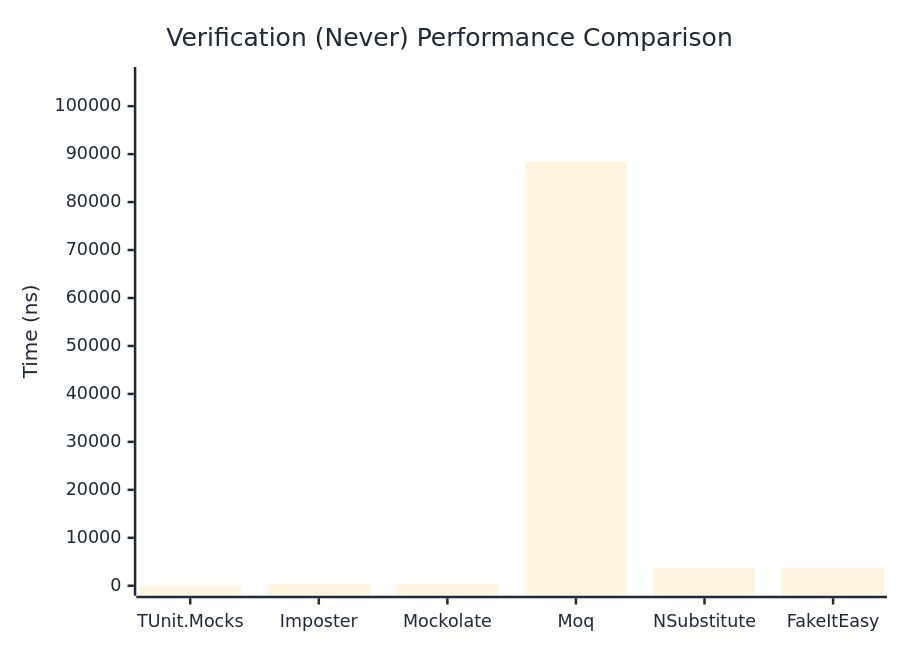
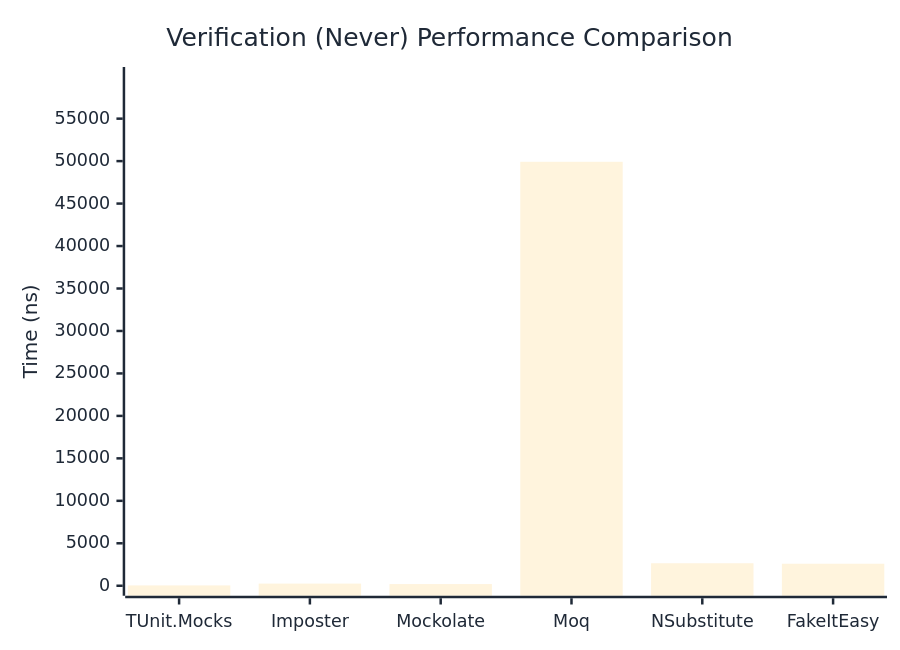
The second of 3 diagrams in docs/docs/benchmarks/mocks/Verification.md (thomhurst/TUnit), drawn with Mermaid before and after one commit. The commit also changed other lines of this file and 14 other files, not shown here.

````diff
--- a/docs/docs/benchmarks/mocks/Verification.md
+++ b/docs/docs/benchmarks/mocks/Verification.md
@@ -69,27 +69,27 @@
 ```mermaid
 %%{init: {
   'theme':'base',
   'themeVariables': {
     'primaryColor': '#2563eb',
     'primaryTextColor': '#1f2937',
     'primaryBorderColor': '#1e40af',
     'lineColor': '#6b7280',
     'secondaryColor': '#7c3aed',
     'tertiaryColor': '#dc2626',
     'background': '#ffffff',
     'pie1': '#2563eb',
     'pie2': '#7c3aed',
     'pie3': '#dc2626',
     'pie4': '#f59e0b',
     'pie5': '#10b981',
     'pie6': '#06b6d4',
     'pie7': '#ec4899',
     'pie8': '#6366f1'
   }
 }}%%
 xychart-beta
   title "Verification (Never) Performance Comparison"
   x-axis ["TUnit.Mocks", "Imposter", "Mockolate", "Moq", "NSubstitute", "FakeItEasy"]
-  y-axis "Time (ns)" 0 --> 106078
-  bar [51.97, 342.97, 255.39, 88397.96, 3691.93, 3775.2]
+  y-axis "Time (ns)" 0 --> 59904
+  bar [40.63, 253.42, 197.21, 49919.91, 2649.79, 2592.75]
 ```
````
